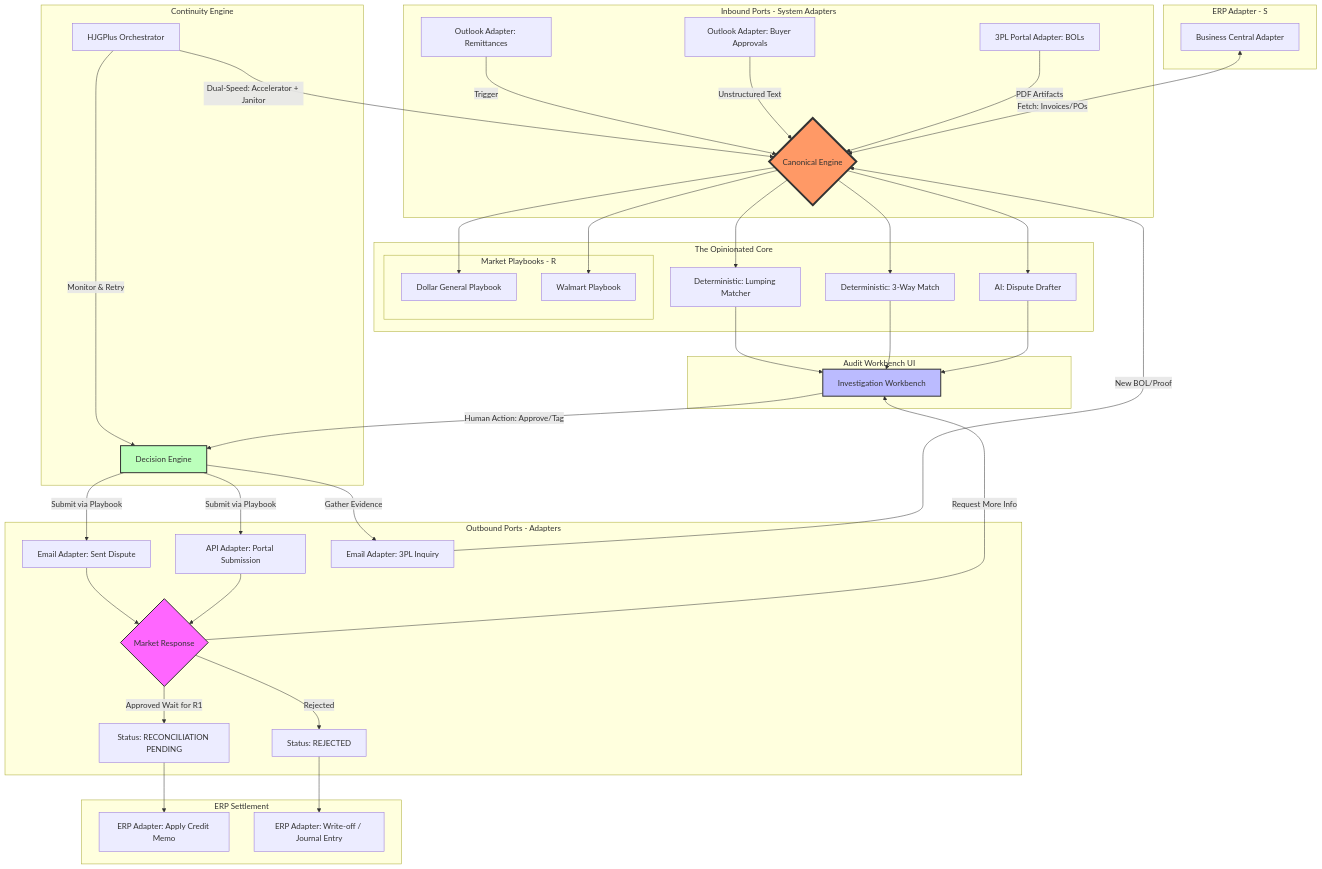
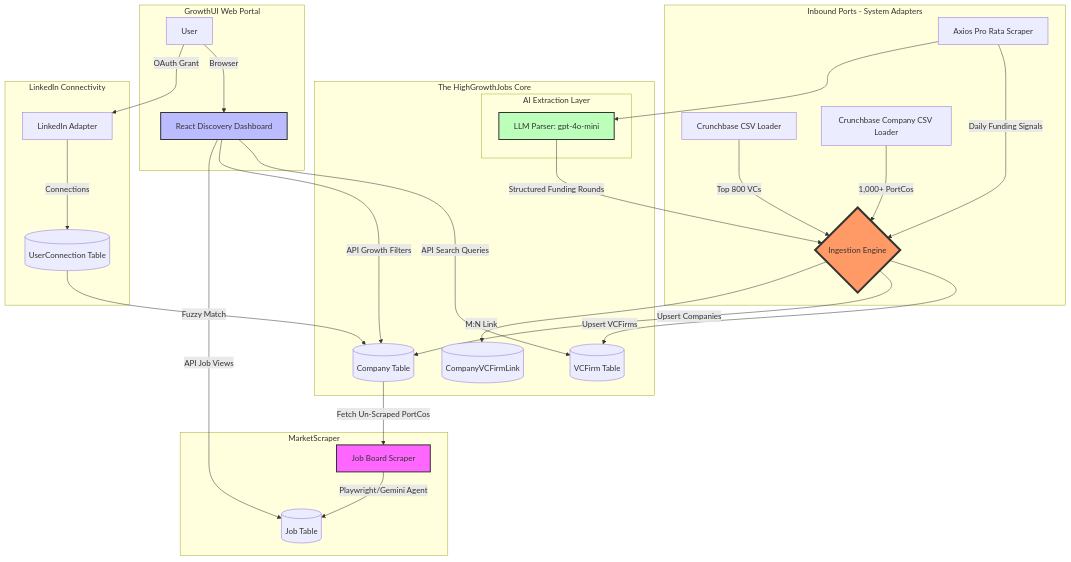
The diagram in docs/architecture/data_flow_diagram.md (gkotak/high-growth-jobs), drawn with Mermaid before and after one commit. The commit also changed other lines of this file and 27 other files, not shown here.

Commit message:
feat(ingestion): complete Epic 1 & 2 (Signal-First CSV & Axios ingestion) & clean up legacy scrapers

````diff
--- a/docs/architecture/data_flow_diagram.md
+++ b/docs/architecture/data_flow_diagram.md
@@ -5,68 +5,50 @@
 ```mermaid
 graph TD
     %% Inputs (System Adapters - S)
     subgraph Inbound_Ports [Inbound Ports - System Adapters]
-        A1[Outlook Adapter: Remittances] -->|Trigger| B
-        A2[Outlook Adapter: Buyer Approvals] -->|Unstructured Text| B
-        A3[3PL Portal Adapter: BOLs] -->|PDF Artifacts| B
+        A1[Crunchbase CSV Loader] -->|Top 800 VCs| B
+        A2[Crunchbase Company CSV Loader] -->|1,000+ PortCos| B
+        A3[Axios Pro Rata Scraper] -->|Daily Funding Signals| B
     end
 
-    %% ERP Context
-    subgraph ERP_Adapter [ERP Adapter - S]
-        C[Business Central Adapter] <-->|Fetch: Invoices/POs| B
-    end
-
-    %% Processing (The Core & Playbooks)
-    subgraph Core_Engine [The Opinionated Core]
-        B{Canonical Engine}
-        B --> B1[Deterministic: Lumping Matcher]
-        B --> B2[Deterministic: 3-Way Match]
-        B --> B3[AI: Dispute Drafter]
+    %% Processing (The Opinionated Core)
+    subgraph Core_Engine [The HighGrowthJobs Core]
+        B{Ingestion Engine}
+        B -->|Upsert VCFirms| B1[(VCFirm Table)]
+        B -->|Upsert Companies| B2[(Company Table)]
+        B -->|M:N Link| B3[(CompanyVCFirmLink)]
         
-        %% Market Rules
-        subgraph Market_Playbooks [Market Playbooks - R]
-            B --> B4[Dollar General Playbook]
-            B --> B5[Walmart Playbook]
+        %% Extraction Layers
+        subgraph NLP_Parsers [AI Extraction Layer]
+            A3 --> B4[LLM Parser: gpt-4o-mini]
+            B4 -->|Structured Funding Rounds| B
         end
     end
 
-    %% Continuity (Orchestration)
-    subgraph Continuity [Continuity Engine]
-        O[HJGPlus Orchestrator] -->|Dual-Speed: Accelerator + Janitor| B
-        O -->|Monitor & Retry| E
+    %% Next Stages
+    subgraph Outbound_Discovery [MarketScraper]
+        B2 -->|Fetch Un-Scraped PortCos| M1[Job Board Scraper]
+        M1 -->|Playwright/Gemini Agent| M2[(Job Table)]
     end
 
     %% Human Review (The Opinionated Process - C)
-    subgraph Workbench [Audit Workbench UI]
-        B1 & B2 & B3 --> D[Investigation Workbench]
-        D -->|Human Action: Approve/Tag| E[Decision Engine]
+    subgraph Workbench [GrowthUI Web Portal]
+        WC[User] -->|Browser| UI[React Discovery Dashboard]
+        UI -->|API Search Queries| B1
+        UI -->|API Growth Filters| B2
+        UI -->|API Job Views| M2
     end
 
-    %% Actions & Feedback Loop
-    subgraph Outbound_Ports [Outbound Ports - Adapters]
-        E -->|Submit via Playbook| F[Email Adapter: Sent Dispute]
-        E -->|Submit via Playbook| G[API Adapter: Portal Submission]
-        E -->|Gather Evidence| K[Email Adapter: 3PL Inquiry]
-        
-        %% The Feedback Loop
-        F & G --> H{Market Response}
-        H -->|Approved Wait for R1| I[Status: RECONCILIATION PENDING]
-        H -->|Rejected| J[Status: REJECTED]
-        H -->|Request More Info| D
-        
-        %% 3PL Loop
-        K -->|New BOL/Proof| B
-    end
-
-    %% Final Settlement
-    subgraph Settlement [ERP Settlement]
-        I --> L[ERP Adapter: Apply Credit Memo]
-        J --> M[ERP Adapter: Write-off / Journal Entry]
+    %% Network Connection
+    subgraph Network_Intelligence [LinkedIn Connectivity]
+        WC -->|OAuth Grant| L1[LinkedIn Adapter]
+        L1 -->|Connections| L2[(UserConnection Table)]
+        L2 -->|Fuzzy Match| B2
     end
 
     %% Styling
     style B fill:#f96,stroke:#333,stroke-width:4px
-    style D fill:#bbf,stroke:#333,stroke-width:2px
-    style E fill:#bfb,stroke:#333,stroke-width:2px
-    style H fill:#f6f,stroke:#333,stroke-width:2px
+    style UI fill:#bbf,stroke:#333,stroke-width:2px
+    style B4 fill:#bfb,stroke:#333,stroke-width:2px
+    style M1 fill:#f6f,stroke:#333,stroke-width:2px
 ```
````
